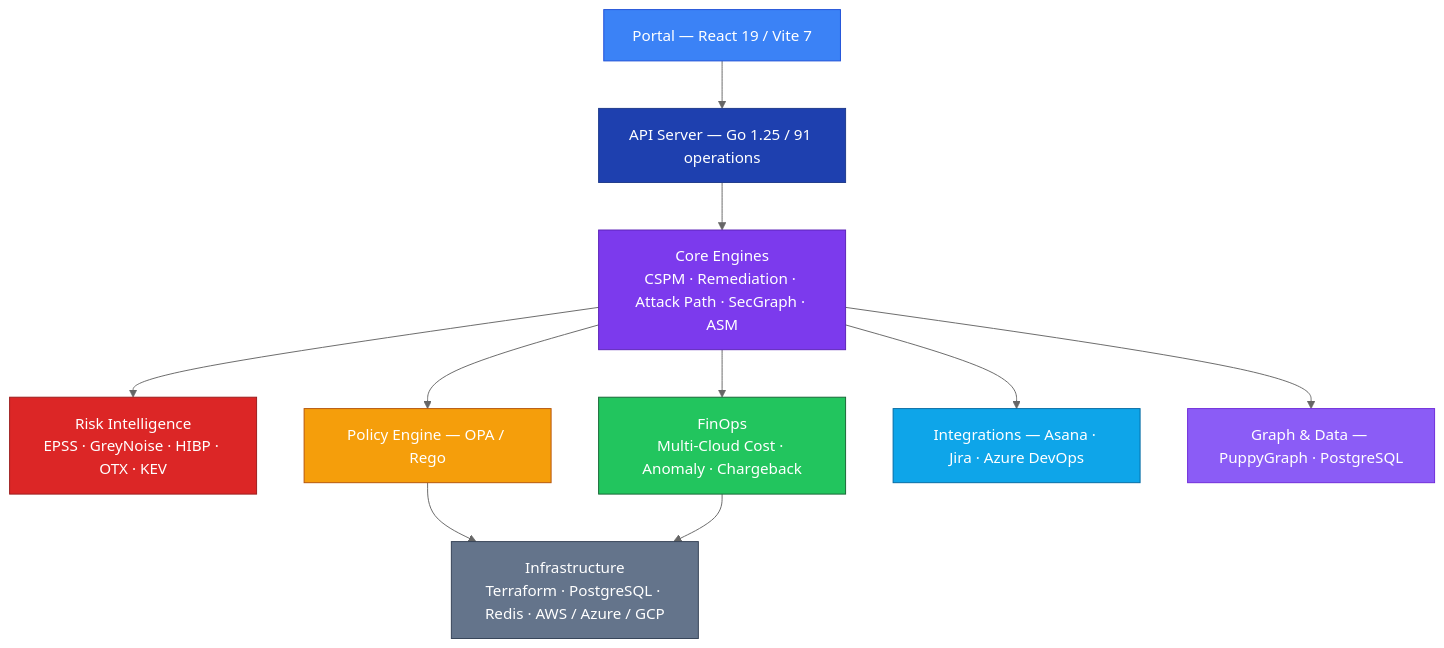
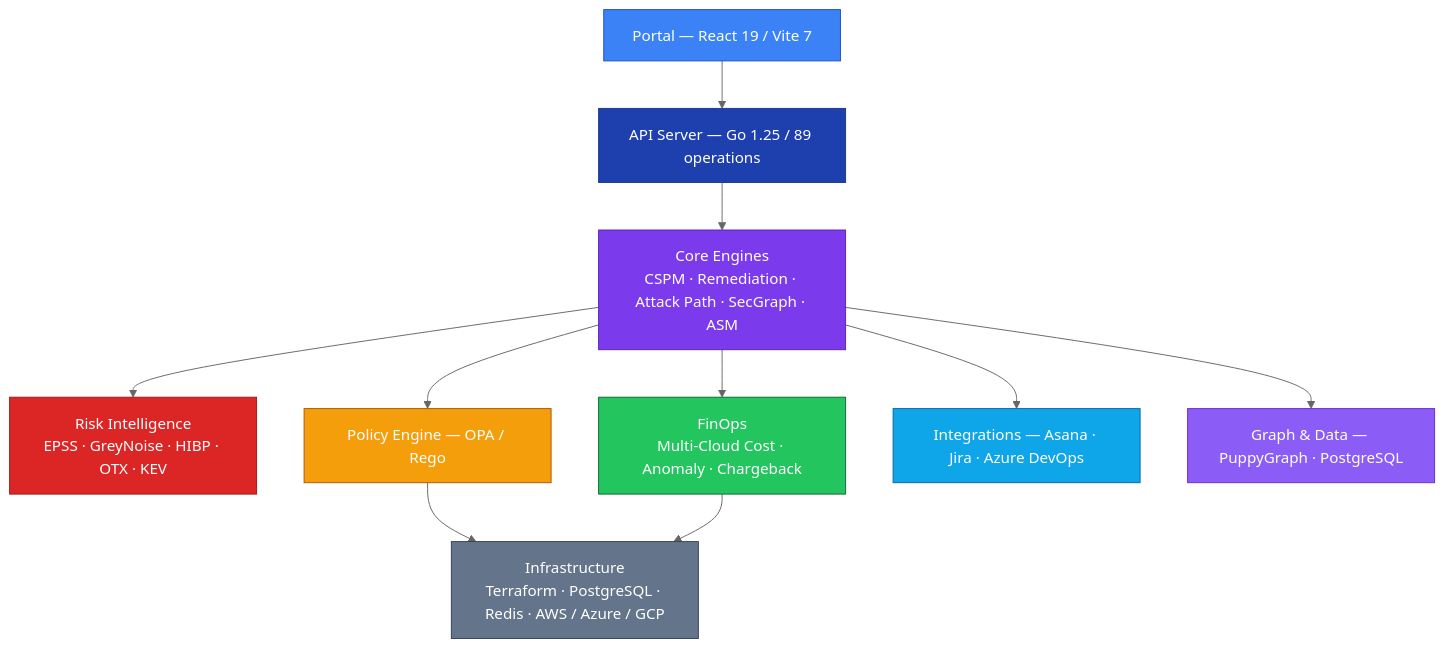
One commit to lvonguyen/cloudforge changed the diagram in README.md. Above: the diagram before and after it, drawn with Mermaid (neutral theme). The commit also changed other lines of this file and 54 other files, not shown here.

First line of the commit message:
docs: Figma-native CF.1-CF.8 diagram exports + stale render cleanup

````diff
--- a/README.md
+++ b/README.md
@@ -186,22 +186,22 @@
 ```mermaid
 flowchart TD
-    Portal["Portal — React 19 / Vite 7"] --> API["API Server — Go 1.25 / 91 operations"]
+    Portal["Portal — React 19 / Vite 7"] --> API["API Server — Go 1.25 / 89 operations"]
     API --> Core["Core Engines\nCSPM · Remediation · Attack Path · SecGraph · ASM"]
     Core --> Intel["Risk Intelligence\nEPSS · GreyNoise · HIBP · OTX · KEV"]
     Core --> Policy["Policy Engine — OPA / Rego"]
     Core --> FinOps["FinOps\nMulti-Cloud Cost · Anomaly · Chargeback"]
     Core --> Integ["Integrations — Asana · Jira · Azure DevOps"]
     Core --> Graph["Graph & Data — PuppyGraph · PostgreSQL"]
     Policy --> Infra["Infrastructure\nTerraform · PostgreSQL · Redis · AWS / Azure / GCP"]
     FinOps --> Infra
 
     style Portal fill:#3b82f6,color:#fff,stroke:#1d4ed8
     style API fill:#1e40af,color:#fff,stroke:#1e3a8a
     style Core fill:#7c3aed,color:#fff,stroke:#5b21b6
     style Intel fill:#dc2626,color:#fff,stroke:#991b1b
     style Policy fill:#f59e0b,color:#fff,stroke:#b45309
     style FinOps fill:#22c55e,color:#fff,stroke:#166534
     style Infra fill:#64748b,color:#fff,stroke:#334155
     style Integ fill:#0ea5e9,color:#fff,stroke:#0369a1
     style Graph fill:#8b5cf6,color:#fff,stroke:#6d28d9
 ```
````
